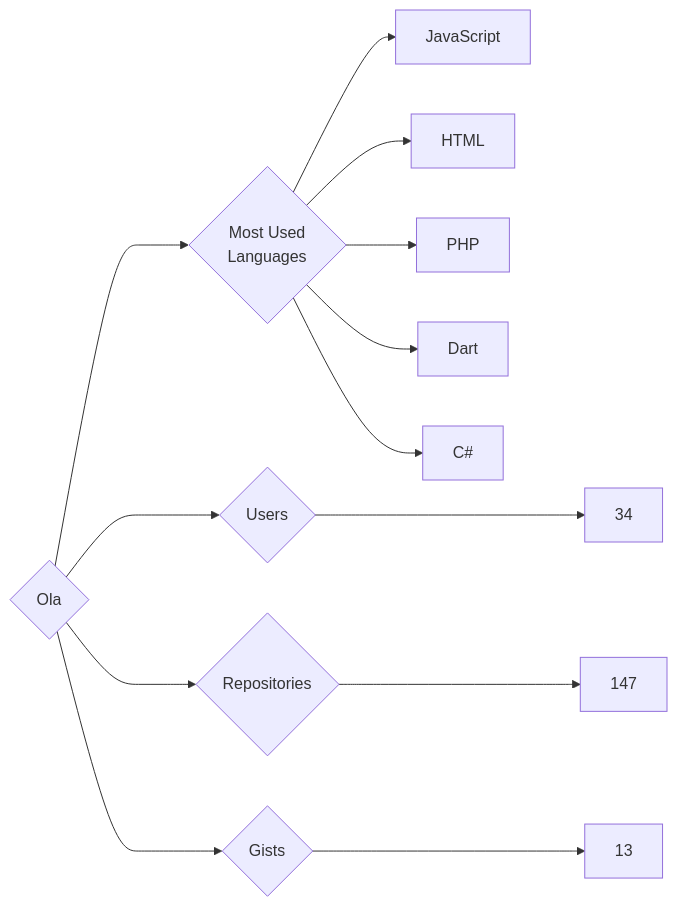
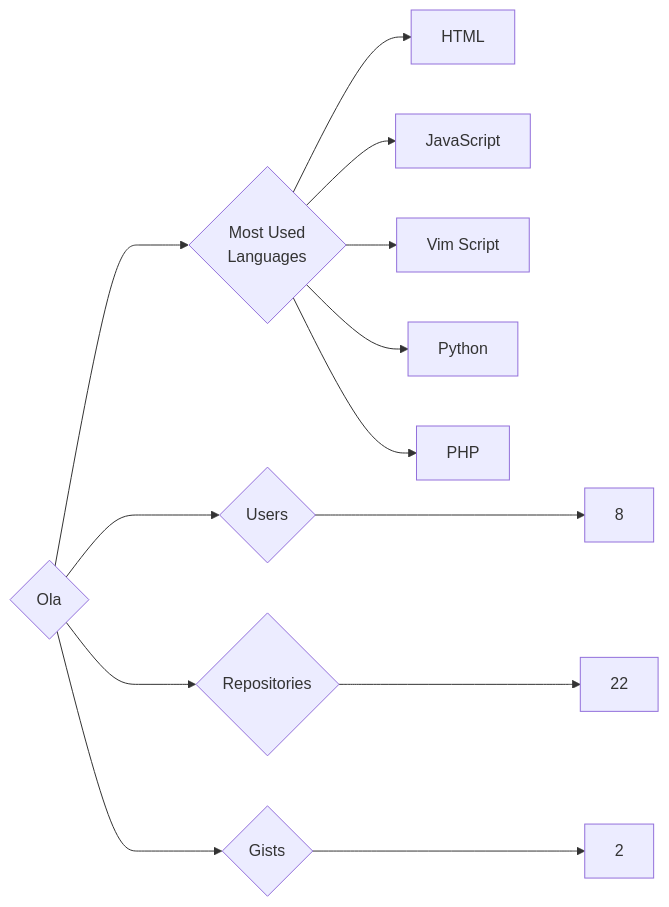
The diagram in targets/Ola/README.md (trickest/insiders), drawn with Mermaid before and after one commit. The commit also changed 815 other files, not shown here.

````diff
--- a/targets/Ola/README.md
+++ b/targets/Ola/README.md
@@ -3,13 +3,13 @@
 ```mermaid
 graph LR
 COMPANY_NAME{Ola}
-COMPANY_NAME ---> U{Users} ---> UN[34]
-COMPANY_NAME ---> R{Repositories} ---> RN[147]
-COMPANY_NAME ---> G{Gists} ---> GN[13]
+COMPANY_NAME ---> U{Users} ---> UN[8]
+COMPANY_NAME ---> R{Repositories} ---> RN[22]
+COMPANY_NAME ---> G{Gists} ---> GN[2]
 COMPANY_NAME ---> ML{Most Used<br>Languages}
+ML --> HTML[HTML]
 ML --> JavaScript[JavaScript]
-ML --> HTML[HTML]
+ML --> Vim_Script[Vim Script]
+ML --> Python[Python]
 ML --> PHP[PHP]
-ML --> Dart[Dart]
-ML --> C#[C#]
 ```
````
